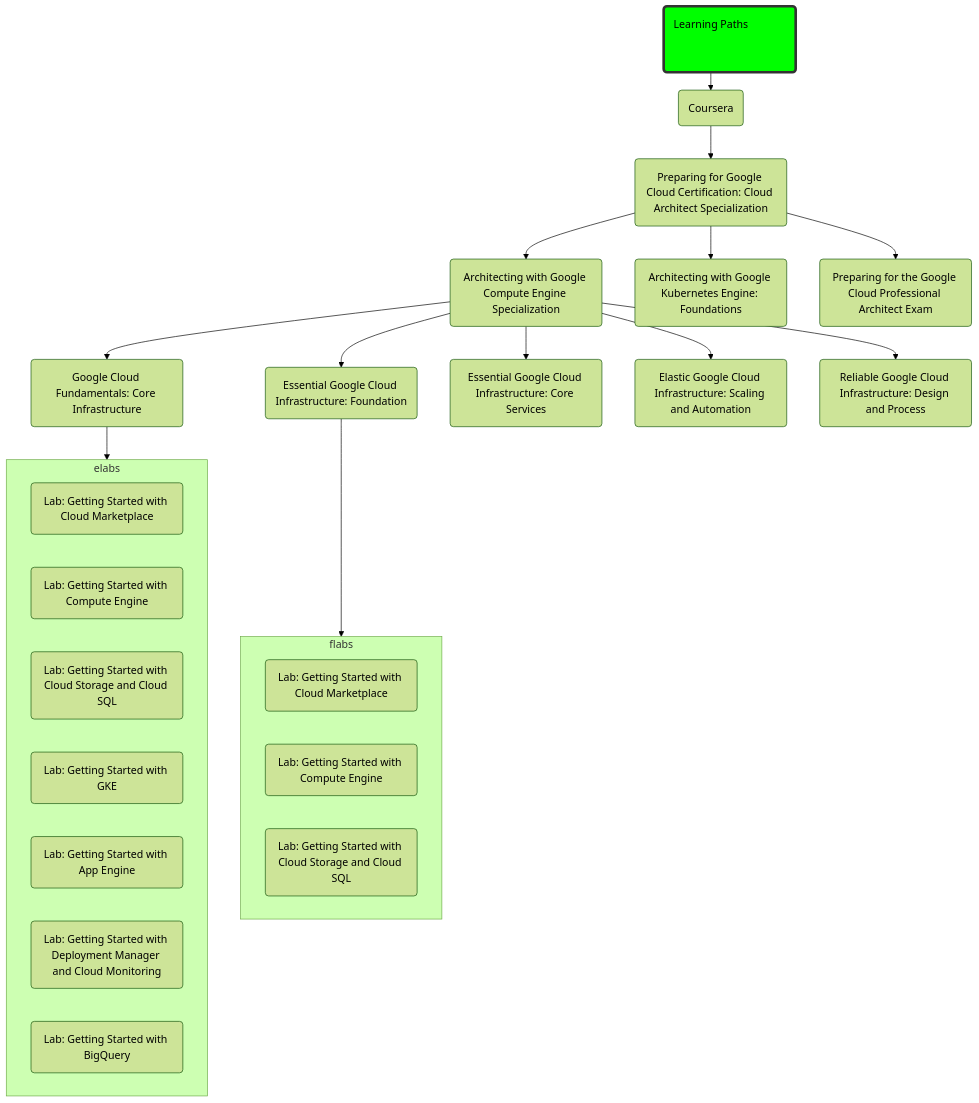
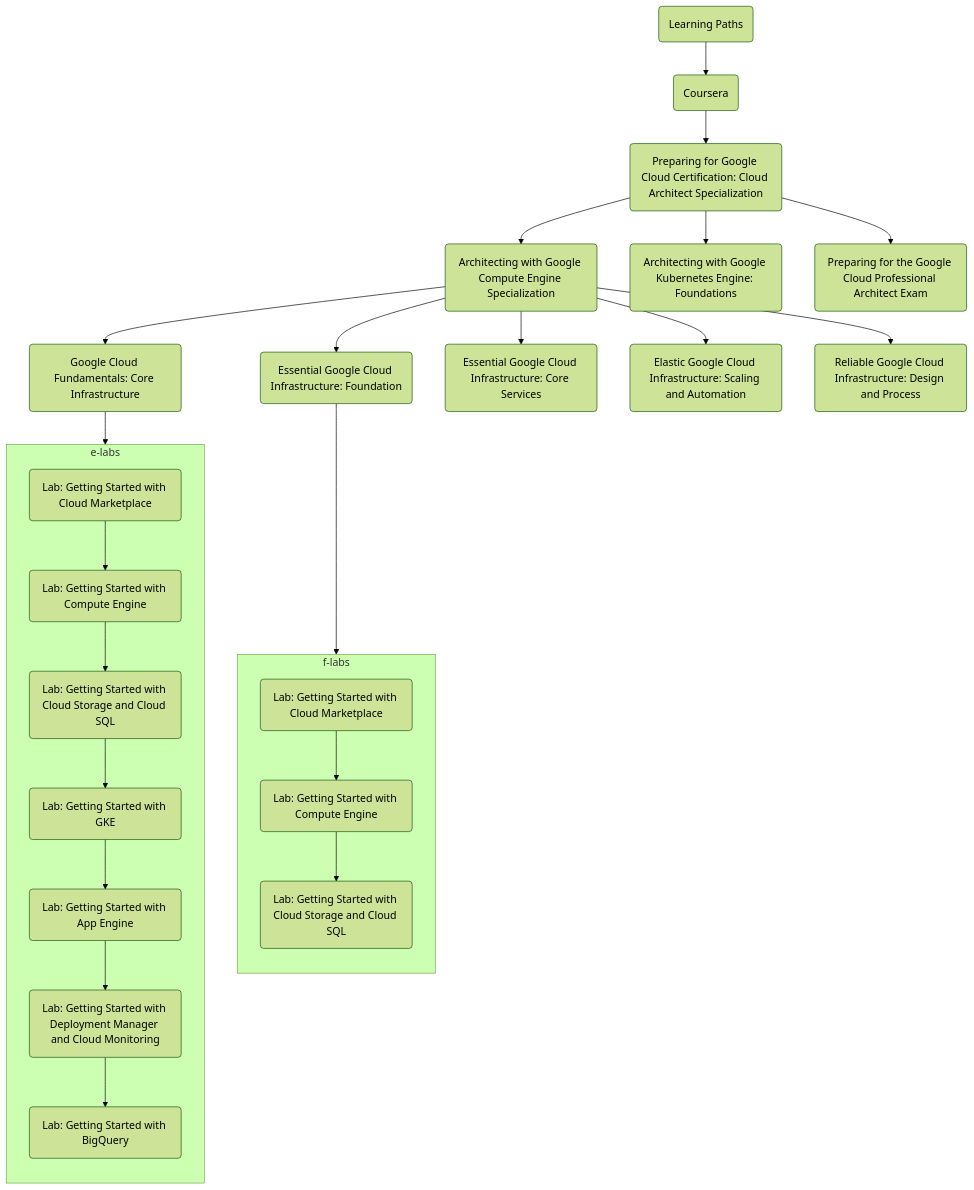
The diagram in examples/labs4.mmd (apnex/mermaid-api), drawn with Mermaid (forest theme) before and after one commit.

```diff
--- a/examples/labs4.mmd
+++ b/examples/labs4.mmd
@@ -1,31 +1,35 @@
-graph TB
-	classDef anode fill:#00ff00,stroke:#333,stroke-width:4px,height:100px,width:200px,text-align:center;
+flowchart TB
+	classDef anode fill:#00ff00,stroke:#333,stroke-width:4px,height:50px,width:600px;
 
-	A(Learning Paths):::anode --> B(Coursera)
+	A(Learning Paths) --> B(Coursera)
 	B --> C(Preparing for Google Cloud Certification: Cloud Architect Specialization)
 	C --> D(Architecting with Google Compute Engine Specialization)
 	D --> E(Google Cloud Fundamentals: Core Infrastructure)
 	D --> F(Essential Google Cloud Infrastructure: Foundation)
 	D --> G(Essential Google Cloud Infrastructure: Core Services)
 	D --> H(Elastic Google Cloud Infrastructure: Scaling and Automation)
 	D --> I(Reliable Google Cloud Infrastructure: Design and Process)
 	C --> J(Architecting with Google Kubernetes Engine: Foundations)
 	C --> K(Preparing for the Google Cloud Professional Architect Exam)
 
-	subgraph flabs
+	subgraph f-labs
+	        direction TB
 		F1(Lab: Getting Started with Cloud Marketplace)
 		F2(Lab: Getting Started with Compute Engine)
 		F3(Lab: Getting Started with Cloud Storage and Cloud SQL)
+	        F1 --> F2 --> F3
 	end
-	F --> flabs
+	F --> f-labs
 
-	subgraph elabs
+	subgraph e-labs
+	        direction TB
 		E1(Lab: Getting Started with Cloud Marketplace)
 		E2(Lab: Getting Started with Compute Engine)
 		E3(Lab: Getting Started with Cloud Storage and Cloud SQL)
 		E4(Lab: Getting Started with GKE)
 		E5(Lab: Getting Started with App Engine)
 		E6(Lab: Getting Started with Deployment Manager and Cloud Monitoring)
 		E7(Lab: Getting Started with BigQuery)
+	        E1 --> E2 --> E3 --> E4 --> E5 --> E6 --> E7
 	end
-	E --> elabs
+	E --> e-labs
```
